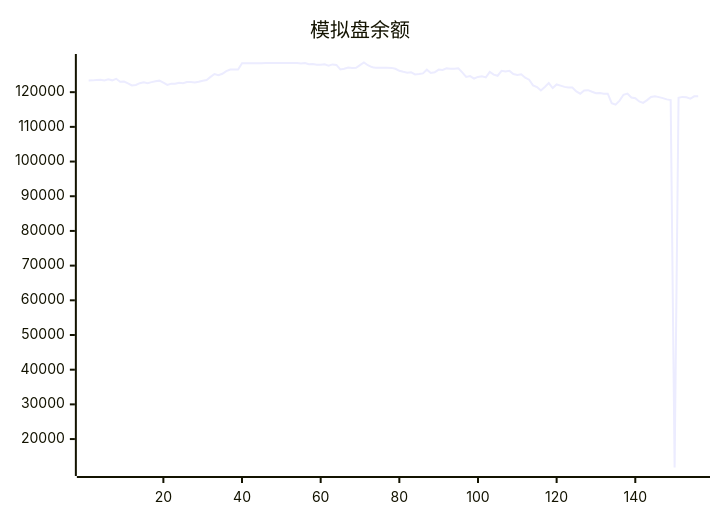
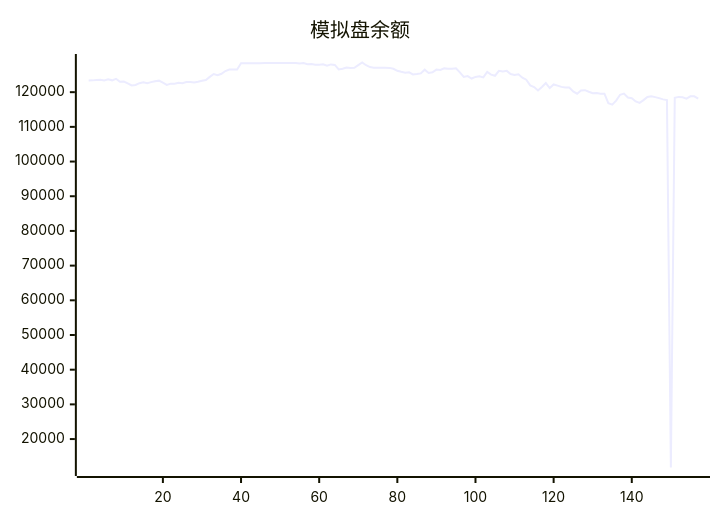
One commit to aahl/ai-trading changed the diagram in README.md. Above: the diagram before and after it, drawn with Mermaid. The commit also changed other lines of this file and 1 other file, not shown here.

````diff
--- a/README.md
+++ b/README.md
@@ -5,5 +5,5 @@
 ```mermaid
 xychart
     title "模拟盘余额"
-    line [123338,123402,123530,123592,123378,123745,123413,123853,123009,123040,122557,121938,122095,122599,122856,122597,122898,123160,123319,122719,122087,122454,122416,122685,122592,122907,122961,122776,122981,123295,123507,124403,125224,124894,125303,126088,126544,126534,126549,128335,128318,128318,128318,128318,128318,128424,128424,128424,128424,128424,128424,128424,128424,128424,128247,128412,128062,128087,127917,127901,128026,127611,128000,127850,126572,126770,127100,126971,127029,127783,128554,127765,127224,127064,127044,127009,127025,127004,126738,126152,125871,125635,125707,125117,125217,125420,126480,125545,125715,126511,126424,126856,126764,126788,126890,125710,124381,124632,123936,124402,124574,124256,125833,125070,124739,126154,125966,126145,125213,124943,125143,124157,123604,121959,121476,120476,121470,122610,121201,122221,121889,121522,121332,121344,120232,119559,120513,120577,120108,119680,119777,119572,119568,116839,116392,117573,119250,119585,118469,118277,117338,116897,117706,118628,118849,118579,118280,117926,117735,11802,118373,118639,118544,118136,118798,118819]
+    line [123338,123402,123530,123592,123378,123745,123413,123853,123009,123040,122557,121938,122095,122599,122856,122597,122898,123160,123319,122719,122087,122454,122416,122685,122592,122907,122961,122776,122981,123295,123507,124403,125224,124894,125303,126088,126544,126534,126549,128335,128318,128318,128318,128318,128318,128424,128424,128424,128424,128424,128424,128424,128424,128424,128247,128412,128062,128087,127917,127901,128026,127611,128000,127850,126572,126770,127100,126971,127029,127783,128554,127765,127224,127064,127044,127009,127025,127004,126738,126152,125871,125635,125707,125117,125217,125420,126480,125545,125715,126511,126424,126856,126764,126788,126890,125710,124381,124632,123936,124402,124574,124256,125833,125070,124739,126154,125966,126145,125213,124943,125143,124157,123604,121959,121476,120476,121470,122610,121201,122221,121889,121522,121332,121344,120232,119559,120513,120577,120108,119680,119777,119572,119568,116839,116392,117573,119250,119585,118469,118277,117338,116897,117706,118628,118849,118579,118280,117926,117735,11802,118373,118639,118544,118136,118798,118819,118162]
 ```
````
